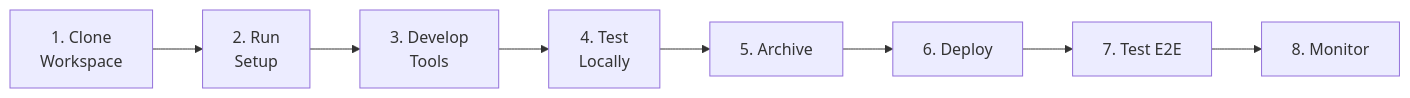
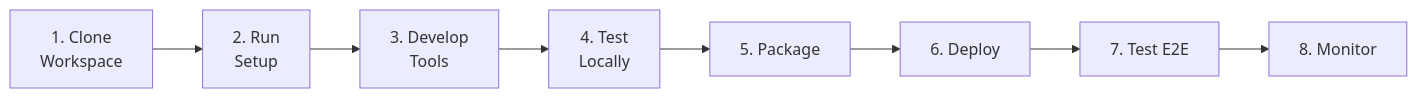
Before and after one commit to Koredotcom/docs: the diagram in docs/agent-platform/sdk/getting-started/quickstart.md, drawn with Mermaid. The commit also changed other lines of this file and 23 other files, not shown here.

````diff
--- a/docs/agent-platform/sdk/getting-started/quickstart.md
+++ b/docs/agent-platform/sdk/getting-started/quickstart.md
@@ -325,10 +327,10 @@
 ```mermaid
 graph LR
     A[1. Clone<br/>Workspace] --> B[2. Run<br/>Setup]
     B --> C[3. Develop<br/>Tools]
     C --> D[4. Test<br/>Locally]
-    D --> E[5. Archive]
+    D --> E[5. Package]
     E --> F[6. Deploy]
     F --> G[7. Test E2E]
     G --> H[8. Monitor]
 ```
````
